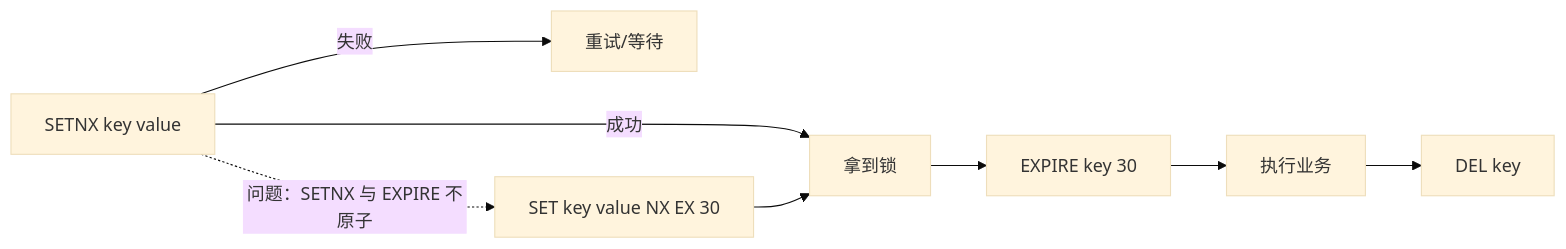
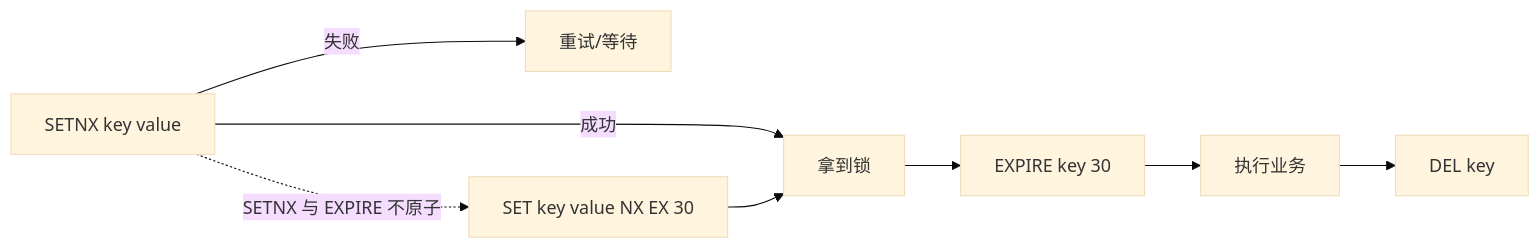
The second of 8 diagrams in 02-中间件与数据库/02-Redis/01-数据结构与使用场景/知识点.md (ml-cuizijun/LearnToLilith), drawn with Mermaid (base theme) before and after one commit. The commit also changed other lines of this file and 178 other files, not shown here.

````diff
--- a/02-中间件与数据库/02-Redis/01-数据结构与使用场景/知识点.md
+++ b/02-中间件与数据库/02-Redis/01-数据结构与使用场景/知识点.md
@@ -106,10 +109,10 @@
 ```mermaid
 flowchart LR
     A["SETNX key value"] -->|成功| B["拿到锁"]
     A -->|失败| C["重试/等待"]
     B --> D["EXPIRE key 30"]
     D --> E["执行业务"]
     E --> F["DEL key"]
-    A -.->|问题：SETNX 与 EXPIRE 不原子| G["SET key value NX EX 30"]
+    A -.->|SETNX 与 EXPIRE 不原子| G["SET key value NX EX 30"]
     G --> B
 ```
````
